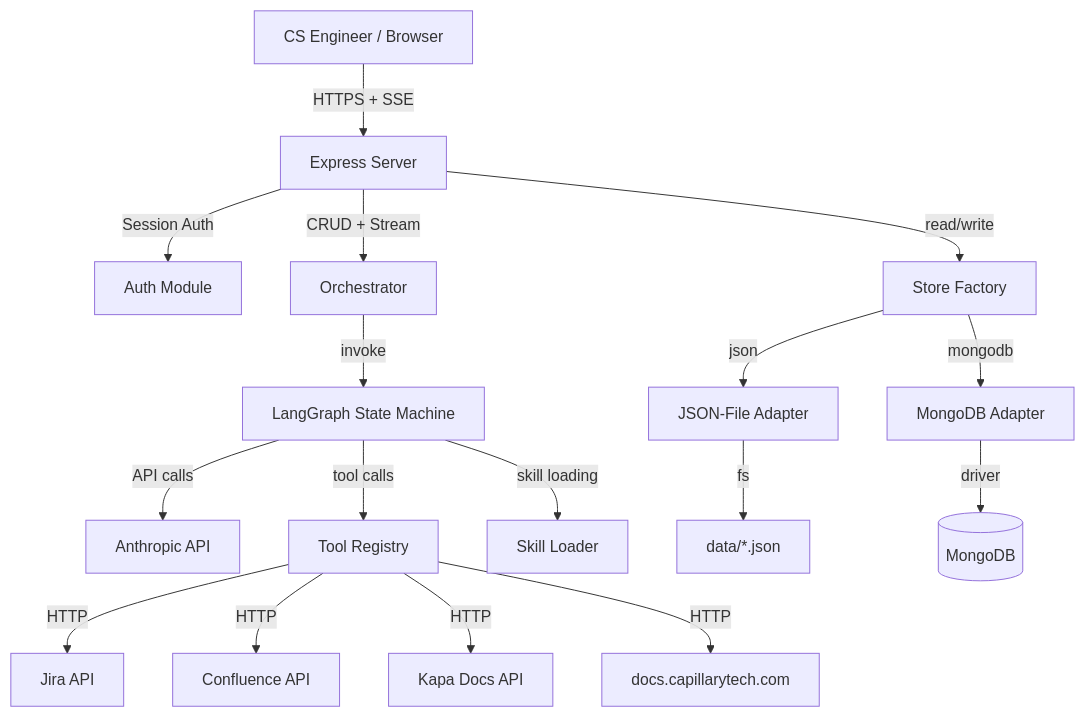
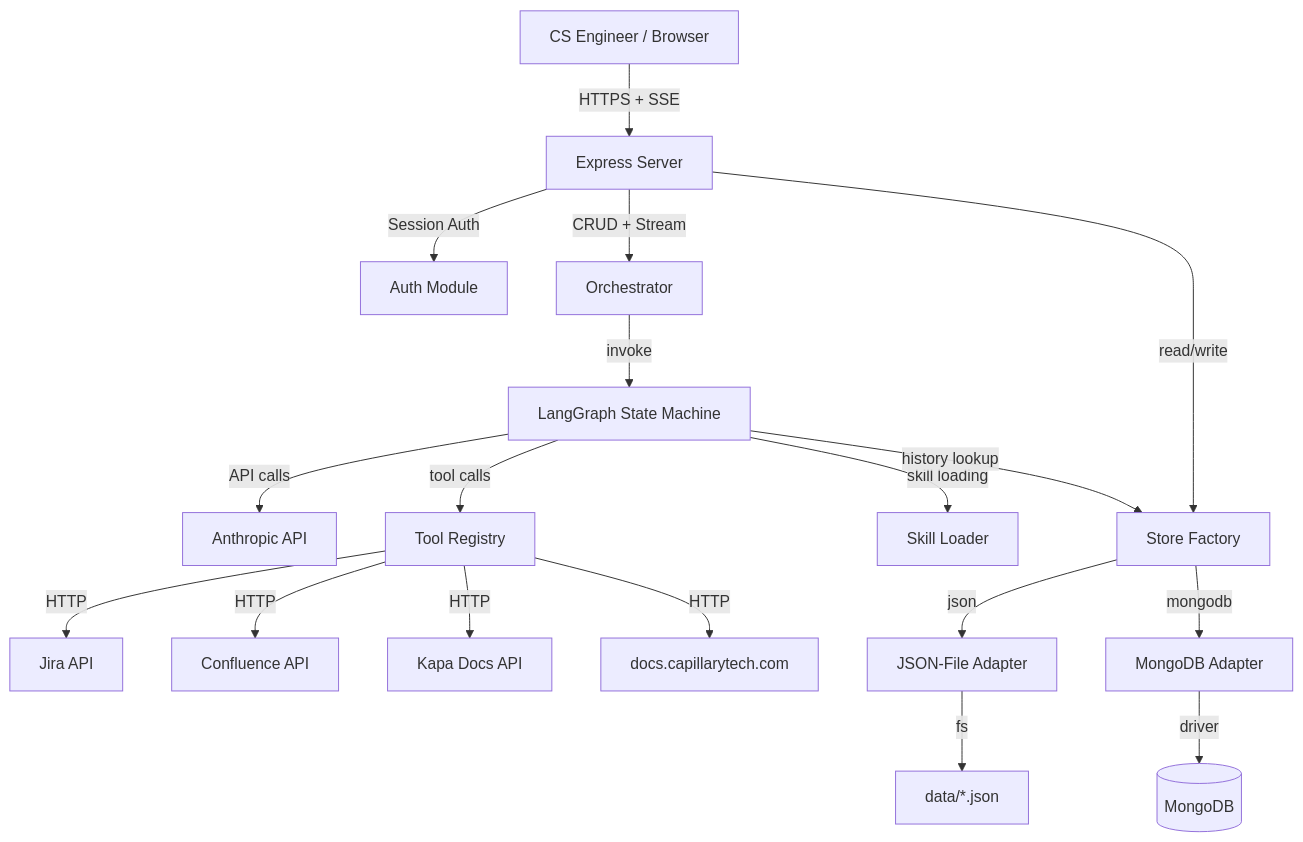
One commit to krishnendu113/slack-solution-agent changed the first of 4 diagrams in .kiro/specs/platform-persistence-and-efficiency/design.md. Above: the diagram before and after it, drawn with Mermaid. The commit also changed other lines of this file and 47 other files, not shown here.

````diff
--- a/.kiro/specs/platform-persistence-and-efficiency/design.md
+++ b/.kiro/specs/platform-persistence-and-efficiency/design.md
@@ -44,19 +46,20 @@
 ```mermaid
 graph TB
     User[CS Engineer / Browser] -->|HTTPS + SSE| Server[Express Server]
     Server -->|Session Auth| Auth[Auth Module]
     Server -->|CRUD + Stream| Orchestrator[Orchestrator]
     Orchestrator -->|invoke| Graph[LangGraph State Machine]
     Graph -->|API calls| Anthropic[Anthropic API]
     Graph -->|tool calls| Tools[Tool Registry]
     Graph -->|skill loading| SkillLoader[Skill Loader]
+    Graph -->|history lookup| StoreFactory
     Server -->|read/write| StoreFactory[Store Factory]
     StoreFactory -->|json| JsonAdapter[JSON-File Adapter]
     StoreFactory -->|mongodb| MongoAdapter[MongoDB Adapter]
     JsonAdapter -->|fs| DataDir[data/*.json]
     MongoAdapter -->|driver| MongoDB[(MongoDB)]
     Tools -->|HTTP| Jira[Jira API]
     Tools -->|HTTP| Confluence[Confluence API]
     Tools -->|HTTP| Kapa[Kapa Docs API]
     Tools -->|HTTP| DocsSite[docs.capillarytech.com]
 ```
````
